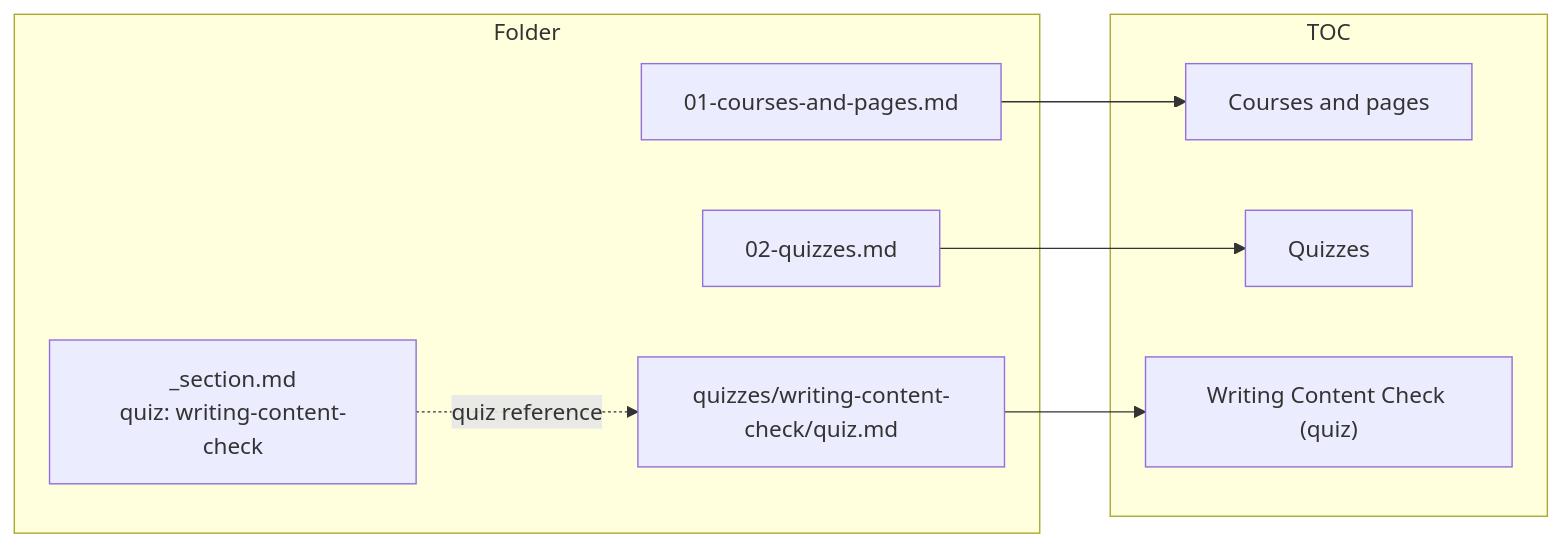
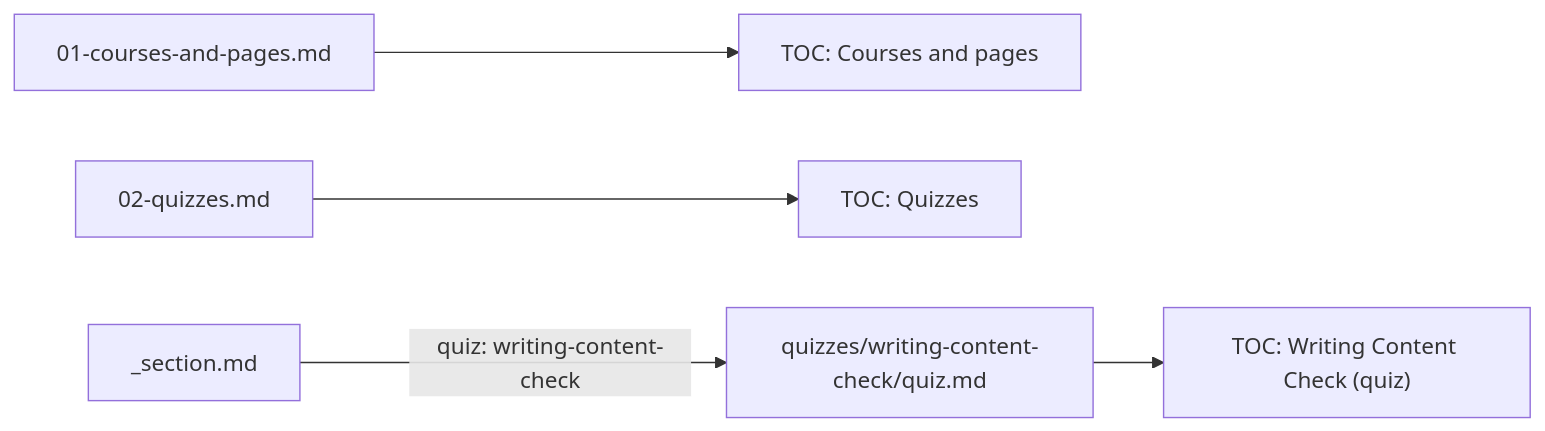
The diagram in skill/teachme-authoring/examples/.teachme/courses/teachme-basics/02-writing-content/02-quizzes.md (Galvill/TeachMe), drawn with Mermaid before and after one commit. The commit also changed other lines of this file and 3 other files, not shown here.

First line of the commit message:
fix: render demo quiz diagram without subgraphs and pin Mermaid font

````diff
--- a/skill/teachme-authoring/examples/.teachme/courses/teachme-basics/02-writing-content/02-quizzes.md
+++ b/skill/teachme-authoring/examples/.teachme/courses/teachme-basics/02-writing-content/02-quizzes.md
@@ -17,18 +18,7 @@
 ```mermaid
-graph LR
-  subgraph Folder
-    A["_section.md<br/>quiz: writing-content-check"]
-    B["01-courses-and-pages.md"]
-    C["02-quizzes.md"]
-    Q["quizzes/writing-content-check/quiz.md"]
-  end
-  subgraph TOC
-    T1["Courses and pages"]
-    T2["Quizzes"]
-    T3["Writing Content Check (quiz)"]
-  end
-  B --> T1
-  C --> T2
-  A -. quiz reference .-> Q
-  Q --> T3
+flowchart LR
+  lesson1["01-courses-and-pages.md"] --> toc1["TOC: Courses and pages"]
+  lesson2["02-quizzes.md"] --> toc2["TOC: Quizzes"]
+  sectionMd["_section.md"] -->|"quiz: writing-content-check"| quiz["quizzes/writing-content-check/quiz.md"]
+  quiz --> toc3["TOC: Writing Content Check (quiz)"]
 ```
````
